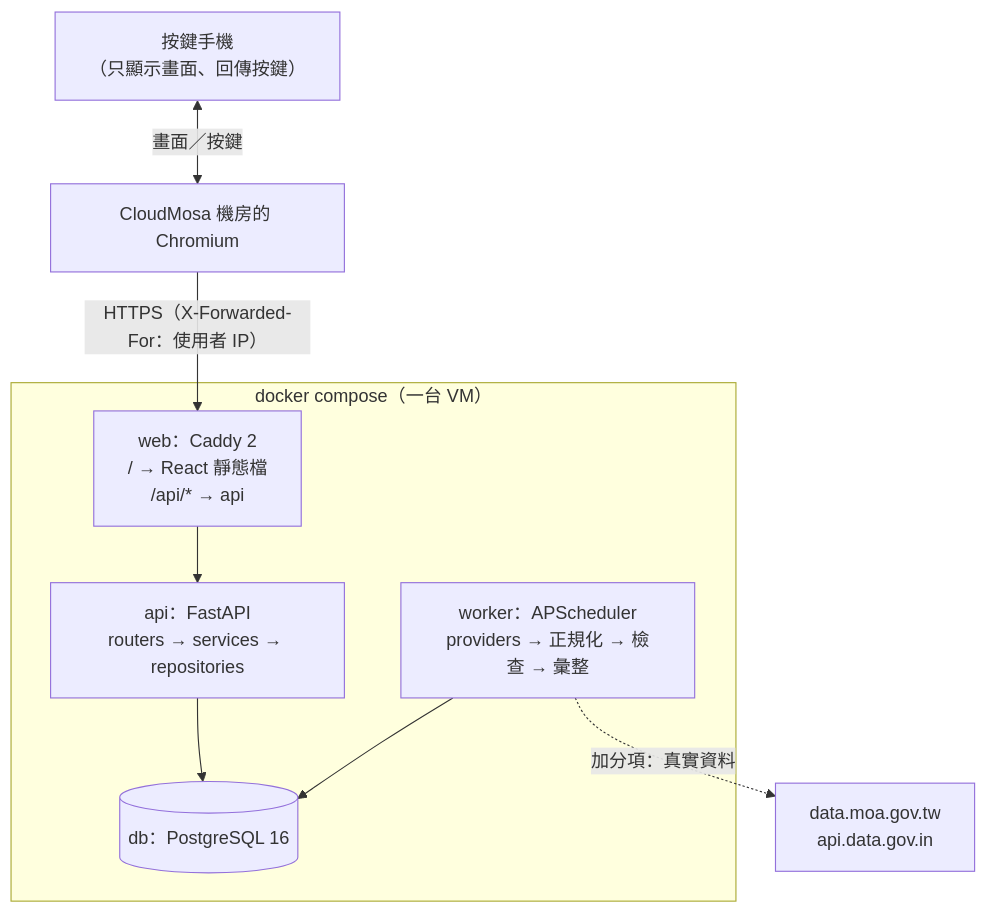
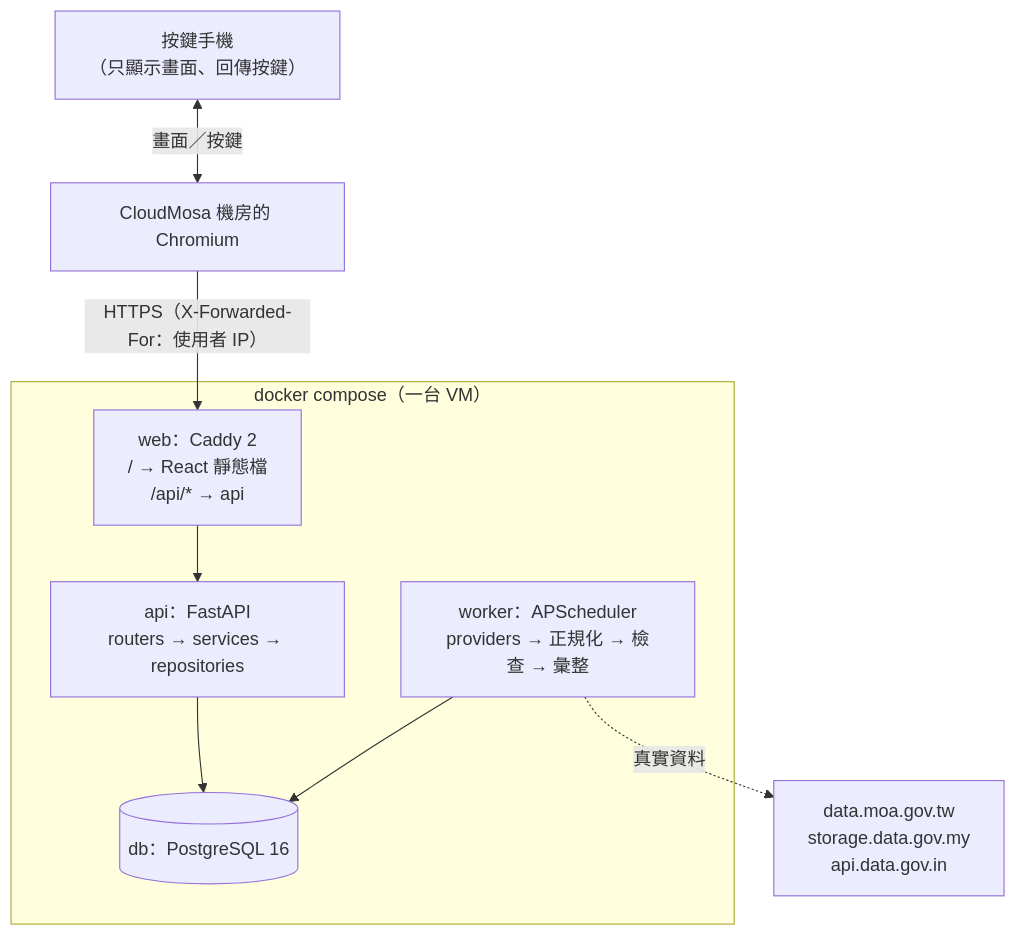
Before and after one commit to dw650/2026-MeichuHackathon-CloudMosa: the diagram in README.md, drawn with Mermaid. The commit also changed other lines of this file and 7 other files, not shown here.

````diff
--- a/README.md
+++ b/README.md
@@ -39,15 +40,15 @@
 ```mermaid
 flowchart TB
   phone["按鍵手機<br/>（只顯示畫面、回傳按鍵）"] <-->|畫面／按鍵| chromium["CloudMosa 機房的 Chromium"]
   chromium -->|"HTTPS（X-Forwarded-For：使用者 IP）"| web
   subgraph compose["docker compose（一台 VM）"]
     web["web：Caddy 2<br/>/ → React 靜態檔<br/>/api/* → api"]
     api["api：FastAPI<br/>routers → services → repositories"]
     worker["worker：APScheduler<br/>providers → 正規化 → 檢查 → 彙整"]
     db[("db：PostgreSQL 16")]
     web --> api
     api --> db
     worker --> db
   end
-  worker -.->|加分項：真實資料| sources["data.moa.gov.tw<br/>api.data.gov.in"]
+  worker -.->|真實資料| sources["data.moa.gov.tw<br/>storage.data.gov.my<br/>api.data.gov.in"]
 ```
````
